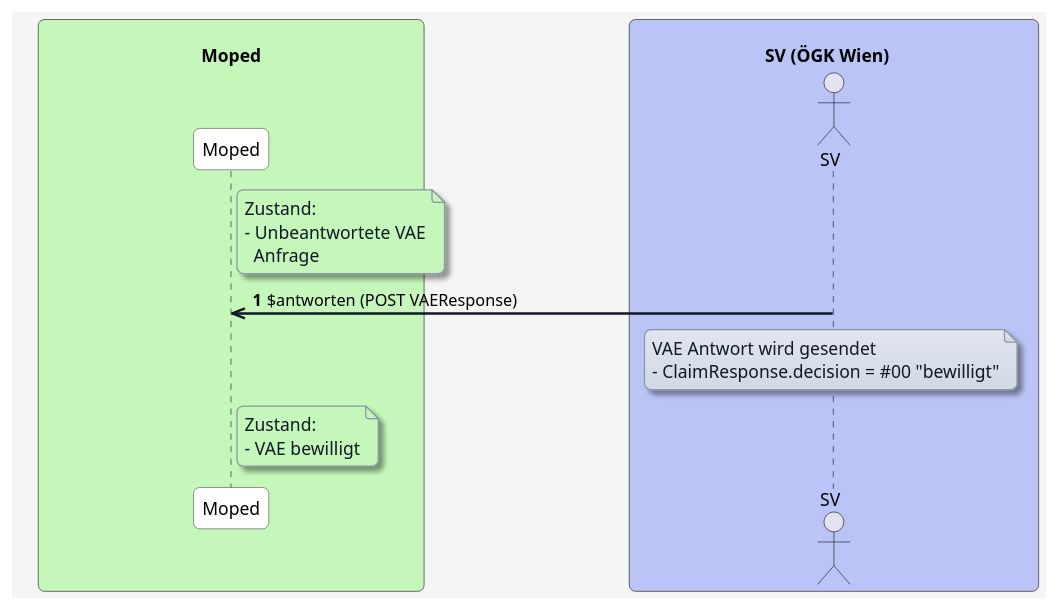
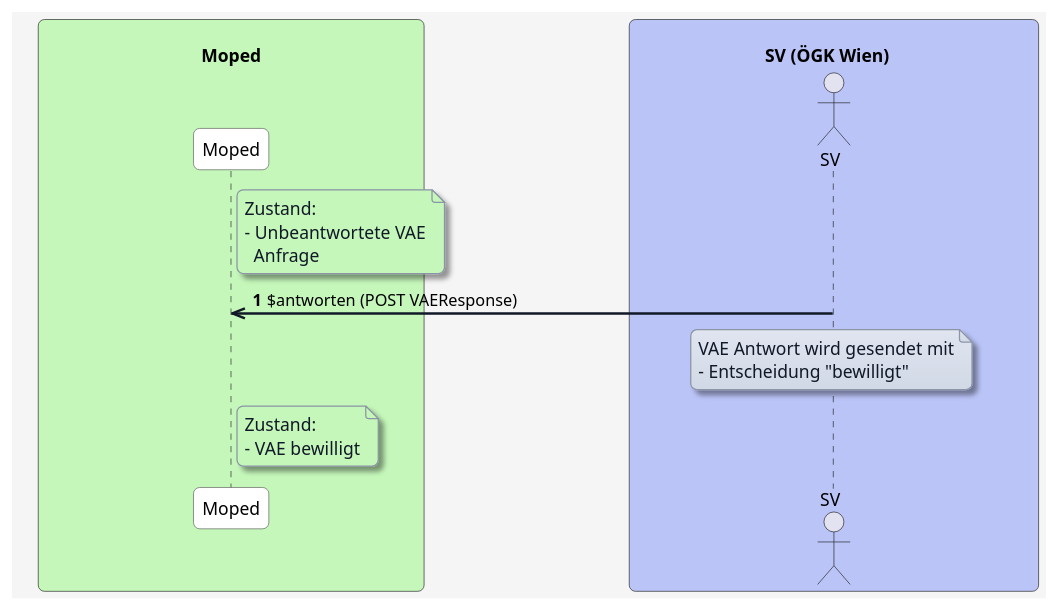
One commit to HL7Austria/ELGA-MOPED-R5 changed the diagram in input/images-source/Versichertenanspruchserklärung/antworten-positiv.plantuml. Above: the diagram before and after it, drawn with PlantUML. The commit also changed 6 other files, not shown here.

```diff
--- a/input/images-source/Versichertenanspruchserklärung/antworten-positiv.plantuml
+++ b/input/images-source/Versichertenanspruchserklärung/antworten-positiv.plantuml
@@ -1,69 +1,69 @@
 @startuml
 skinparam borderColor #000000
 skinparam backgroundColor #f5f5f5
 skinparam shadowing false
 skinparam roundCorner 10
 skinparam defaultFontName "Arial"
 skinparam defaultFontSize 14
 skinparam defaultFontColor #000000
 
 skinparam note {
   BackgroundColor #e0e5f0-#d1d9e6
   BorderColor #8b95a5
   BorderThickness 1
   RoundCorner 8
   Padding 6
   FontColor #111827
   Shadowing true
 }
 
 skinparam HyperlinkColor #0000EE
 skinparam HyperlinkUnderline false
 
 skinparam sequence {
   ParticipantBorderColor #555555
   ParticipantBackgroundColor #ffffff
   ParticipantFontColor #000000
   ParticipantFontSize 14
   ParticipantPadding 20
   ArrowColor #111827
   ArrowThickness 2
   ArrowFontColor #000000
   ArrowFontSize 13
   GroupBorderColor #111827
   GroupBackgroundColor #f3f4f6
   GroupBorderThickness 1
 }
 
 skinparam BoxPadding 20
 skinparam BoxBorderColor #555555
 
 box "\n                                   Moped                                   " #c5f7ba
   participant MP as "Moped"
 end box
 
 box "\n                             SV (ÖGK Wien)                                " #bac4f7
   actor SV as "SV"
 end box
 
 autonumber
 
 note right of MP #c5f7ba
 Zustand:
 - Unbeantwortete VAE
   Anfrage
 end note
 
 SV ->> MP: $antworten (POST VAEResponse)
 
 note over SV
-VAE Antwort wird gesendet
-- ClaimResponse.decision = #00 "bewilligt"
+VAE Antwort wird gesendet mit
+- Entscheidung "bewilligt"
 end note
 
 note right of MP #c5f7ba
 Zustand:
 - VAE bewilligt
 end note
 
 @enduml
```
